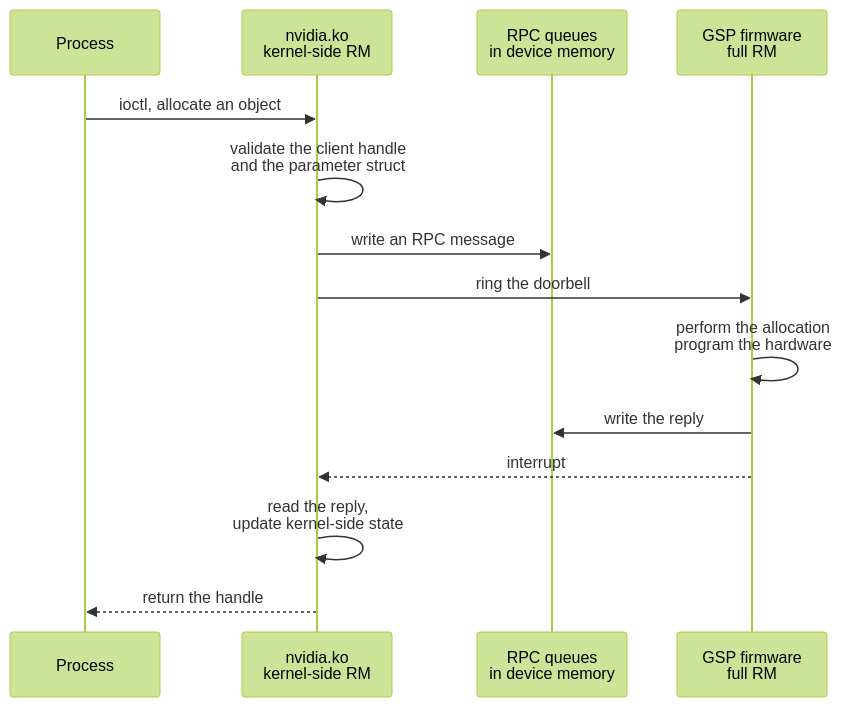
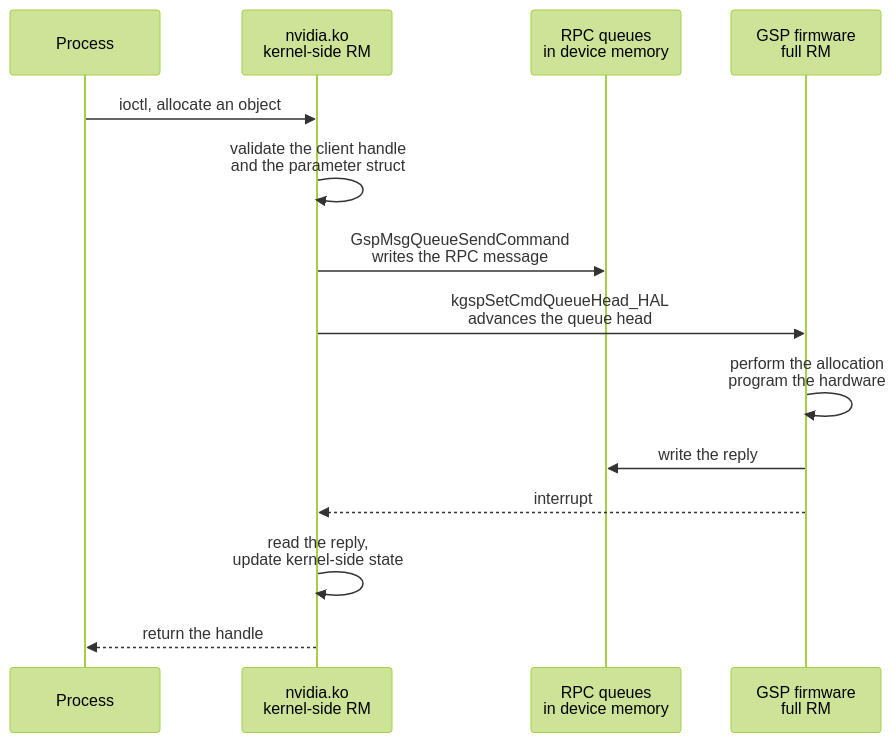
The diagram in docs/src/content/docs/knowledgebase/gsp-offload.mdx (Indspl0it/gspwn), drawn with Mermaid (forest theme) before and after one commit. The commit also changed other lines of this file and 129 other files, not shown here.

````diff
--- a/docs/src/content/docs/knowledgebase/gsp-offload.mdx
+++ b/docs/src/content/docs/knowledgebase/gsp-offload.mdx
@@ -12,17 +12,17 @@
 ```mermaid
 sequenceDiagram
   participant P as Process
   participant K as nvidia.ko<br/>kernel-side RM
   participant Q as RPC queues<br/>in device memory
   participant G as GSP firmware<br/>full RM
 
   P->>K: ioctl, allocate an object
   K->>K: validate the client handle<br/>and the parameter struct
-  K->>Q: write an RPC message
-  K->>G: ring the doorbell
+  K->>Q: GspMsgQueueSendCommand<br/>writes the RPC message
+  K->>G: kgspSetCmdQueueHead_HAL<br/>advances the queue head
   G->>G: perform the allocation<br/>program the hardware
   G->>Q: write the reply
   G-->>K: interrupt
   K->>K: read the reply,<br/>update kernel-side state
   K-->>P: return the handle
 ```
````
